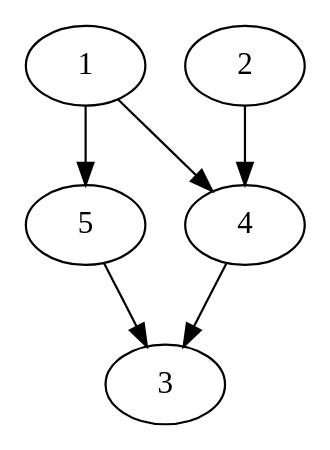
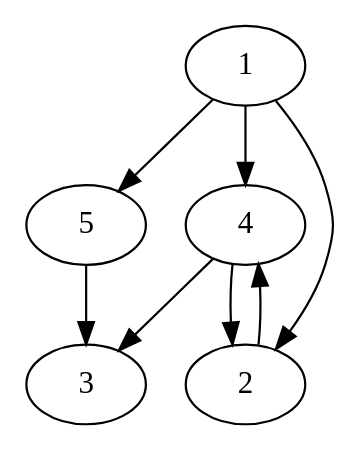
One commit to lifelike/gamebookformat changed the diagram in expected/withdemo.dot. Above: the diagram before and after it, drawn with Graphviz. The commit also changed 14 other files, not shown here.

```diff
--- a/expected/withdemo.dot
+++ b/expected/withdemo.dot
@@ -1,9 +1,10 @@
 digraph gamebook {
 
  1->5
-
 1->4
+1->2
 2->4
 4->3
+4->2
 5->3
 }
```
